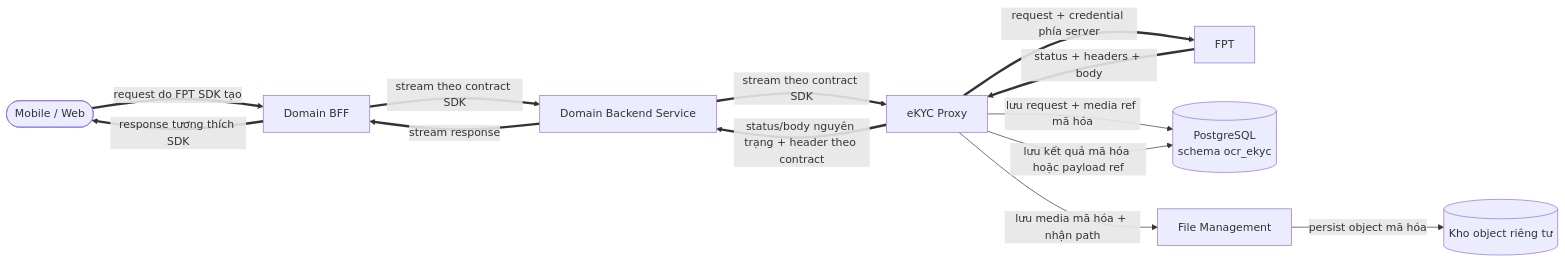
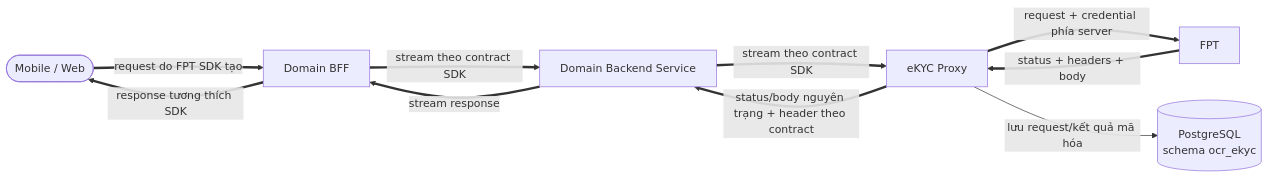
One commit to huynv-xyz/vhm changed the seventh of 12 diagrams in tdd-ocr-ekyc.md. Above: the diagram before and after it, drawn with Mermaid. The commit also changed other lines of this file, not shown here.

````diff
--- a/tdd-ocr-ekyc.md
+++ b/tdd-ocr-ekyc.md
@@ -948,24 +941,19 @@
-  ```mermaid
-  flowchart LR
-      CHANNEL([Mobile / Web])
-      BFF[Domain BFF]
-      DOMAIN[Domain Backend Service]
-      SERVICE[eKYC Proxy]
-      FPT[FPT]
-      DB[(PostgreSQL<br/>schema ocr_ekyc)]
-      FILE[File Management]
-      STORAGE[(Kho object riêng tư)]
+```mermaid
+flowchart LR
+    CHANNEL([Mobile / Web])
+    BFF[Domain BFF]
+    DOMAIN[Domain Backend Service]
+    SERVICE[eKYC Proxy]
+    FPT[FPT]
+    DB[(PostgreSQL<br/>schema ocr_ekyc)]
 
-      CHANNEL ==>|request do FPT SDK tạo| BFF
-      BFF ==>|stream theo contract SDK| DOMAIN
-      DOMAIN ==>|stream theo contract SDK| SERVICE
-      SERVICE -->|lưu media mã hóa + nhận path| FILE
-      FILE -->|persist object mã hóa| STORAGE
-      SERVICE -->|lưu request + media ref mã hóa| DB
-      SERVICE ==>|request + credential phía server| FPT
-      FPT ==>|status + headers + body| SERVICE
-      SERVICE -->|lưu kết quả mã hóa hoặc payload ref| DB
-      SERVICE ==>|status/body nguyên trạng + header theo contract| DOMAIN
-      DOMAIN ==>|stream response| BFF
-      BFF ==>|response tương thích SDK| CHANNEL
-  ```
+    CHANNEL ==>|request do FPT SDK tạo| BFF
+    BFF ==>|stream theo contract SDK| DOMAIN
+    DOMAIN ==>|stream theo contract SDK| SERVICE
+    SERVICE ==>|request + credential phía server| FPT
+    FPT ==>|status + headers + body| SERVICE
+    SERVICE -->|lưu request/kết quả mã hóa| DB
+    SERVICE ==>|status/body nguyên trạng + header theo contract| DOMAIN
+    DOMAIN ==>|stream response| BFF
+    BFF ==>|response tương thích SDK| CHANNEL
+```
````
